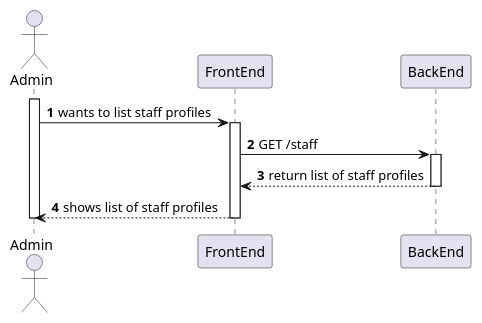
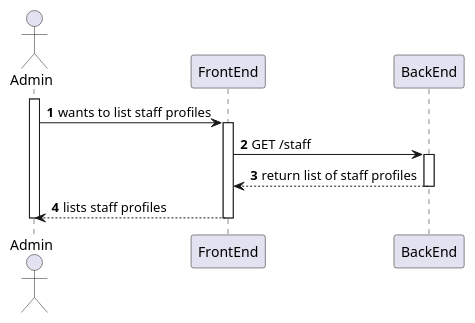
The diagram in docs/SprintA/25-list-staff-profiles/level2/process-view.puml (MiguelCardoso77/SurgicalSync-BackEnd), drawn with PlantUML before and after one commit. The commit also changed 1 other file, not shown here.

```diff
--- a/docs/SprintA/25-list-staff-profiles/level2/process-view.puml
+++ b/docs/SprintA/25-list-staff-profiles/level2/process-view.puml
@@ -1,27 +1,27 @@
 @startuml
 autonumber
 
 actor "Admin" as USER
 
 participant "FrontEnd" as FE
 participant "BackEnd" as BE
 
 activate USER
 
     USER -> FE : wants to list staff profiles
     activate FE
     
     FE -> BE : GET /staff
     activate BE
     
     BE --> FE : return list of staff profiles 
     deactivate BE
     
-    FE --> USER : shows list of staff profiles 
+    FE --> USER : lists staff profiles 
     deactivate FE
 
     
  
 deactivate USER
 
 @enduml
```
